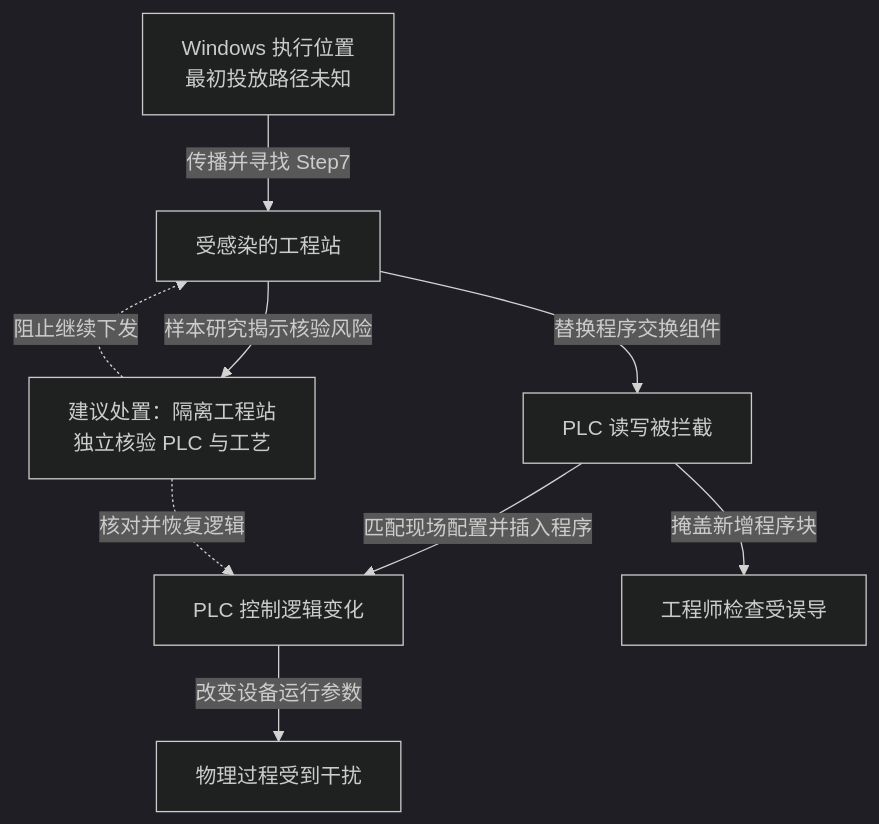
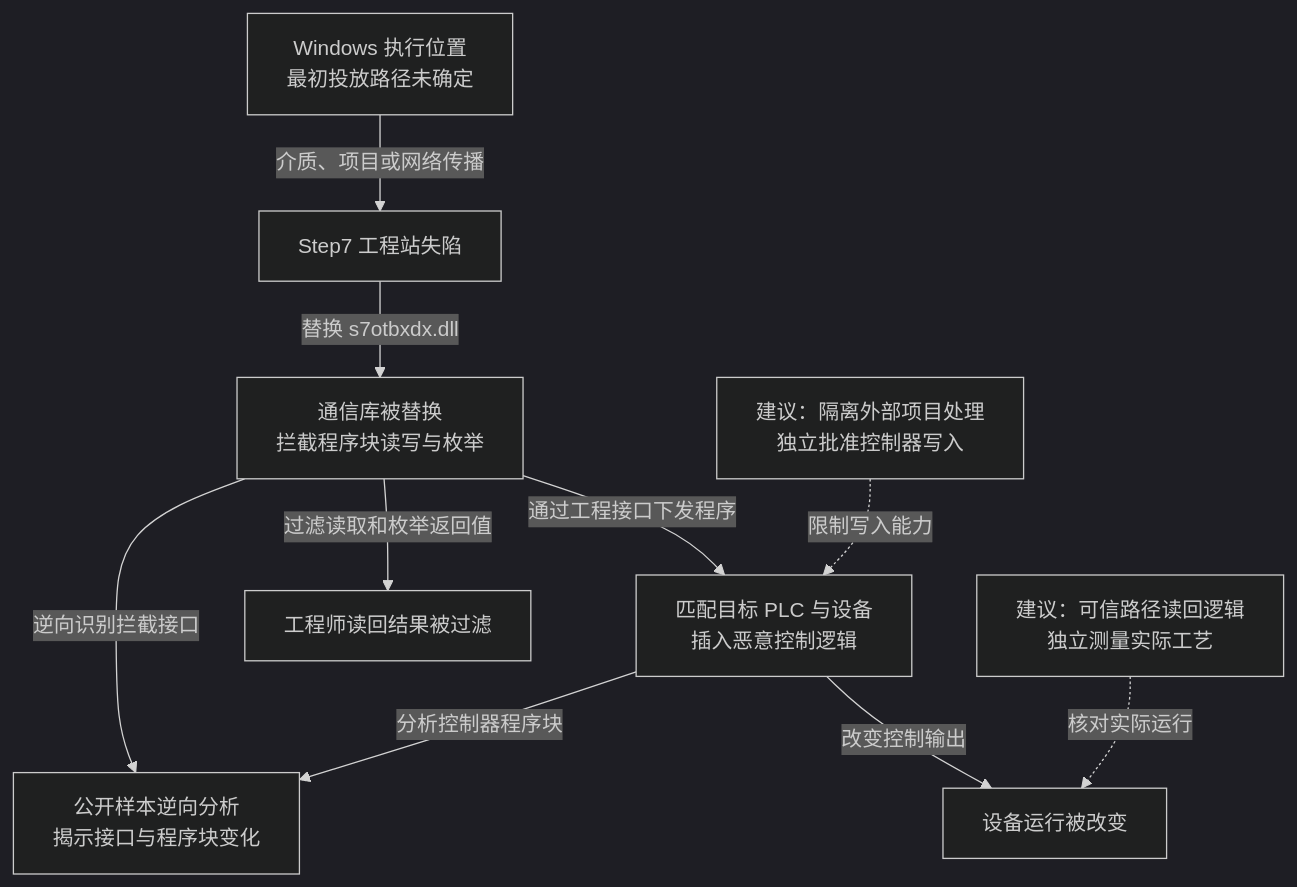
Before and after one commit to FeeiCN/FEEI.CN: the diagram in docs/01-网络安全/01-网络空间安全/01-安全威胁/01-历史攻击事件/2010-震网Stuxnet工控破坏事件分析.md, drawn with Mermaid (dark theme). The commit also changed other lines of this file and 21 other files, not shown here.

````diff
--- a/docs/01-网络安全/01-网络空间安全/01-安全威胁/01-历史攻击事件/2010-震网Stuxnet工控破坏事件分析.md
+++ b/docs/01-网络安全/01-网络空间安全/01-安全威胁/01-历史攻击事件/2010-震网Stuxnet工控破坏事件分析.md
@@ -27,15 +37,26 @@
 ```mermaid
 flowchart TB
-  accTitle: 震网如何改变控制逻辑并隐藏变化
-  accDescr: 样本可在 Windows 环境传播，感染 Step7 工程站后拦截程序交换，在匹配设备配置时修改 PLC 逻辑并隐藏程序变化。图内建议隔离工程站并独立核验控制器，不代表已核实目标设施的实际处置；最初投放路径未知。
-  a["Windows 执行位置<br/>最初投放路径未知"] -->|传播并寻找 Step7| b["受感染的工程站"]
-  b -->|替换程序交换组件| c["PLC 读写被拦截"]
-  c -->|匹配现场配置并插入程序| d["PLC 控制逻辑变化"]
-  d -->|改变设备运行参数| e["物理过程受到干扰"]
-  c -->|掩盖新增程序块| f["工程师检查受误导"]
-  b -->|样本研究揭示核验风险| r["建议处置：隔离工程站<br/>独立核验 PLC 与工艺"]
-  r -. 阻止继续下发 .-> b
-  r -. 核对并恢复逻辑 .-> d
-  class b,c,d main
-  class r response
+  accTitle: 震网如何取得控制器写入和检查能力
+  accDescr: 样本从 Windows 执行位置寻找 Step7，替换通信库后修改匹配目标的 PLC 程序，并过滤读回信息。最初投放路径未确定。虚线只连接本文建议，分析节点表示公开样本研究。
+  entry["Windows 执行位置<br/>最初投放路径未确定"]
+  station["Step7 工程站失陷"]
+  hook["通信库被替换<br/>拦截程序块读写与枚举"]
+  plc["匹配目标 PLC 与设备<br/>插入恶意控制逻辑"]
+  process["设备运行被改变"]
+  hidden["工程师读回结果被过滤"]
+  analysis["公开样本逆向分析<br/>揭示接口与程序块变化"]
+  gate["建议：隔离外部项目处理<br/>独立批准控制器写入"]
+  verify["建议：可信路径读回逻辑<br/>独立测量实际工艺"]
+  entry -->|介质、项目或网络传播| station
+  station -->|替换 s7otbxdx.dll| hook
+  hook -->|通过工程接口下发程序| plc
+  plc -->|改变控制输出| process
+  hook -->|过滤读取和枚举返回值| hidden
+  hook -->|逆向识别拦截接口| analysis
+  plc -->|分析控制器程序块| analysis
+  gate -. 限制写入能力 .-> plc
+  verify -. 核对实际运行 .-> process
+  class station,hook,plc,process main
+  class analysis response
+  class gate,verify note
 ```
````
